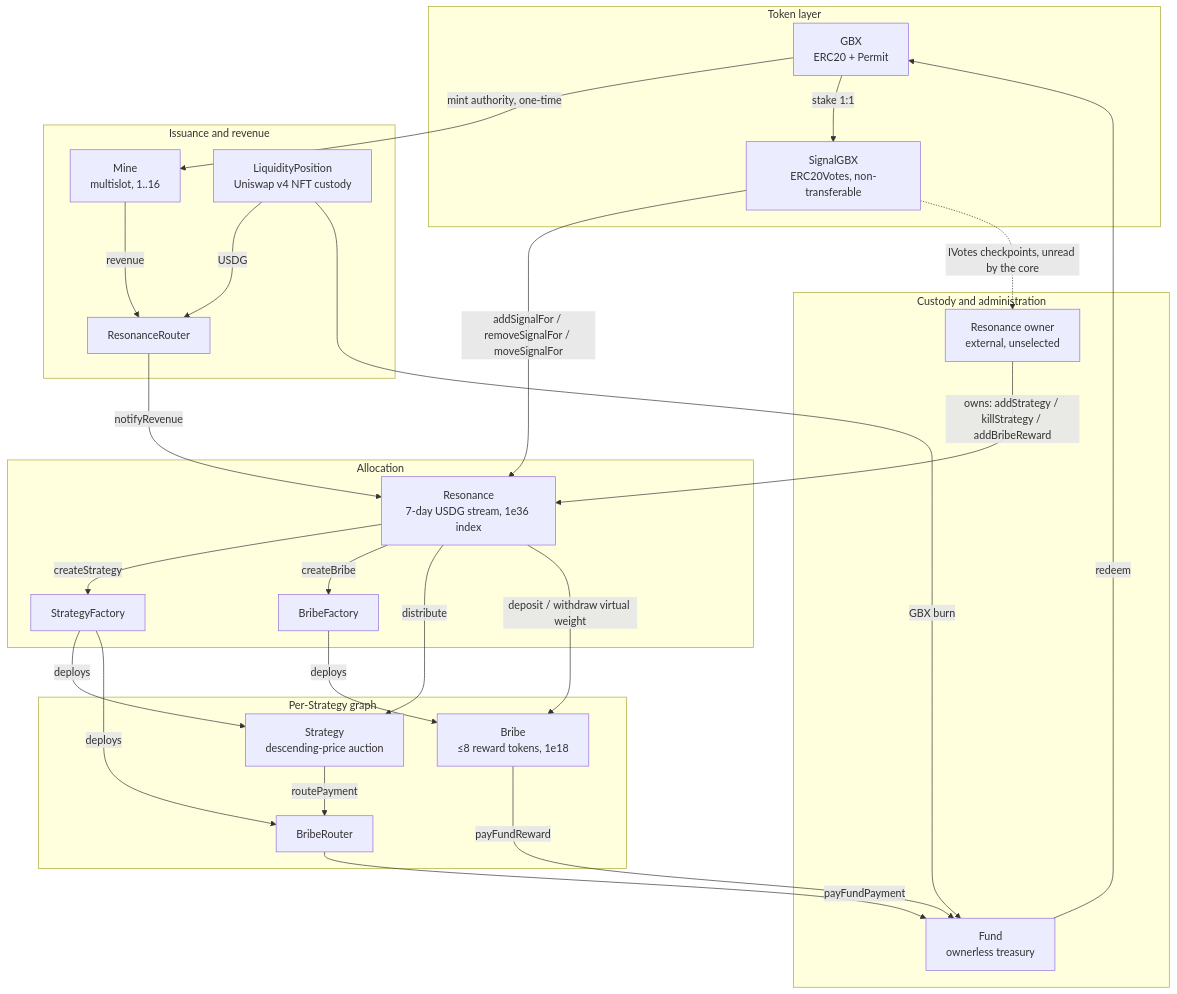
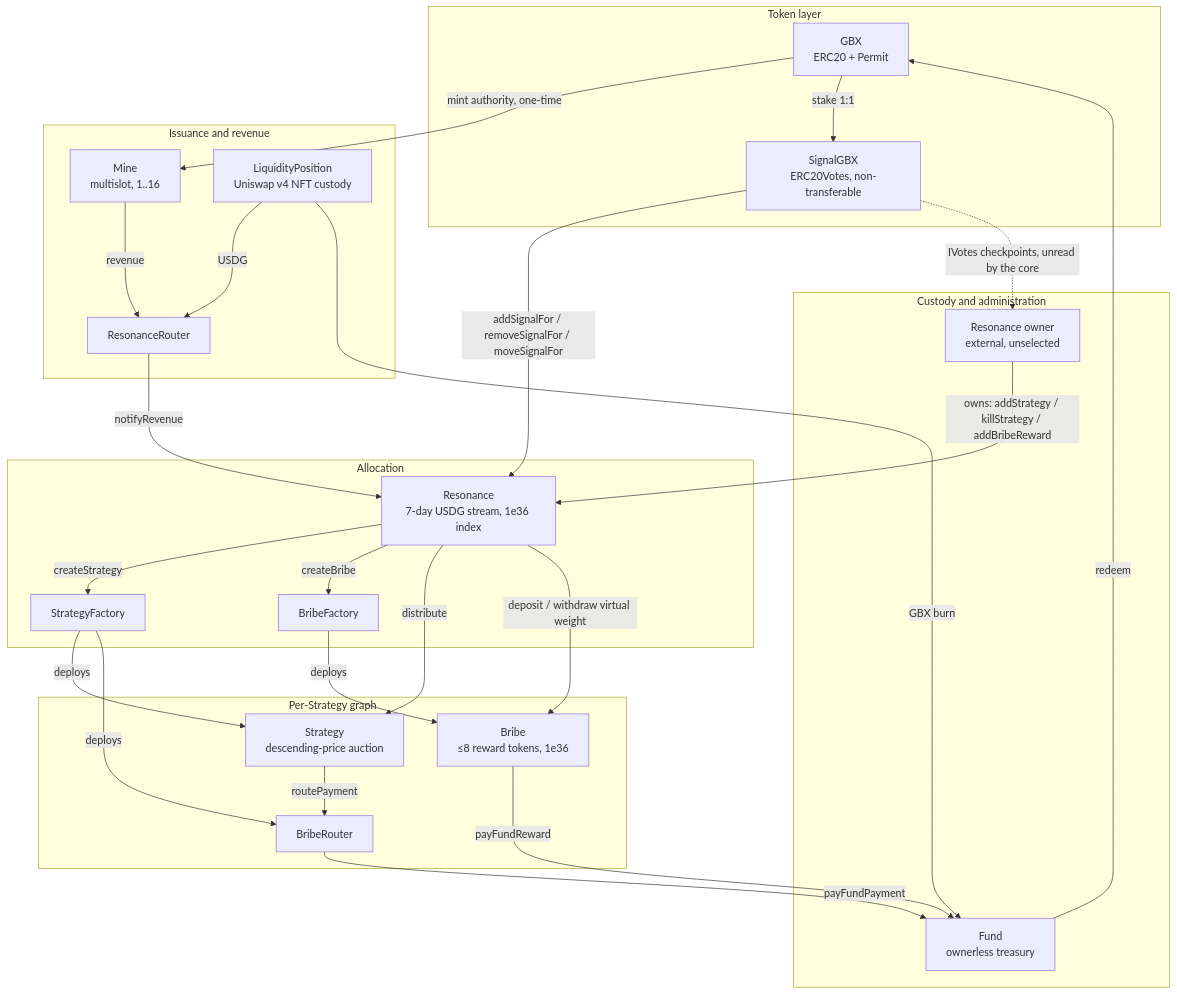
Before and after one commit to Heesho/gumball6900: the diagram in docs/whitepapers/gumball-6900/whitepaper.md, drawn with Mermaid. The commit also changed other lines of this file and 43 other files, not shown here.

````diff
--- a/docs/whitepapers/gumball-6900/whitepaper.md
+++ b/docs/whitepapers/gumball-6900/whitepaper.md
@@ -211,47 +211,47 @@
 ```mermaid
 flowchart TB
   subgraph Token["Token layer"]
     GBX[GBX<br/>ERC20 + Permit]
     SGBX[SignalGBX<br/>ERC20Votes, non-transferable]
   end
   subgraph Issue["Issuance and revenue"]
     MINE[Mine<br/>multislot, 1..16]
     LP[LiquidityPosition<br/>Uniswap v4 NFT custody]
     RR[ResonanceRouter]
   end
   subgraph Alloc["Allocation"]
     RES[Resonance<br/>7-day USDG stream, 1e36 index]
     SF[StrategyFactory]
     BF[BribeFactory]
   end
   subgraph Perstrat["Per-Strategy graph"]
     STR[Strategy<br/>descending-price auction]
     BR[BribeRouter]
-    BRIBE[Bribe<br/>≤8 reward tokens, 1e18]
+    BRIBE[Bribe<br/>≤8 reward tokens, 1e36]
   end
   subgraph Custody["Custody and administration"]
     FUND[Fund<br/>ownerless treasury]
     OWNER[Resonance owner<br/>external, unselected]
   end
 
   GBX -->|mint authority, one-time| MINE
   GBX -->|stake 1:1| SGBX
   MINE -->|revenue| RR
   LP -->|USDG| RR
   LP -->|GBX burn| FUND
   RR -->|notifyRevenue| RES
   SGBX -->|addSignalFor / removeSignalFor / moveSignalFor| RES
   SGBX -.->|IVotes checkpoints, unread by the core| OWNER
   RES -->|createStrategy| SF
   RES -->|createBribe| BF
   SF -->|deploys| STR
   SF -->|deploys| BR
   BF -->|deploys| BRIBE
   RES -->|distribute| STR
   RES -->|deposit / withdraw virtual weight| BRIBE
   STR -->|routePayment| BR
   BR -->|payFundPayment| FUND
   BRIBE -->|payFundReward| FUND
   OWNER -->|owns: addStrategy / killStrategy / addBribeReward| RES
   FUND -->|redeem| GBX
 ```
````
